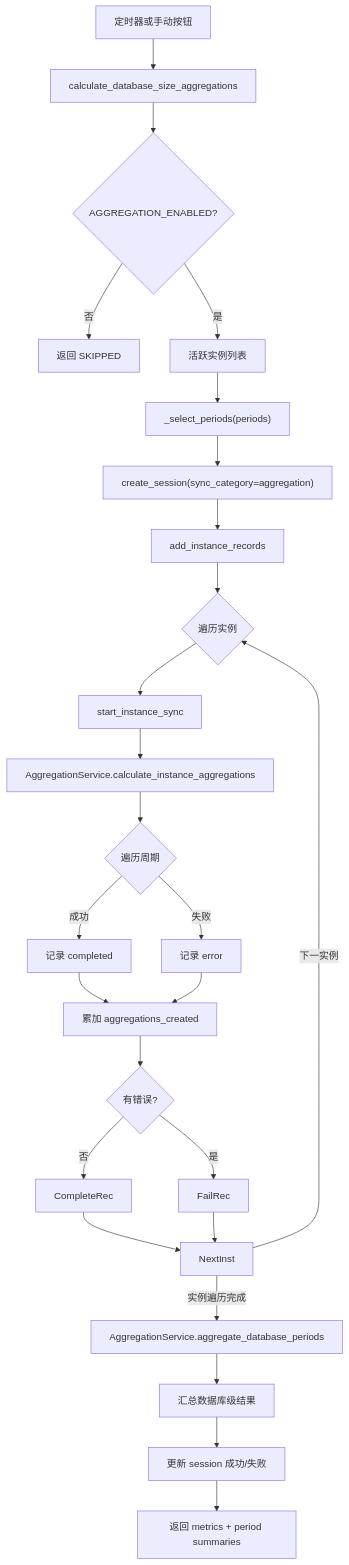
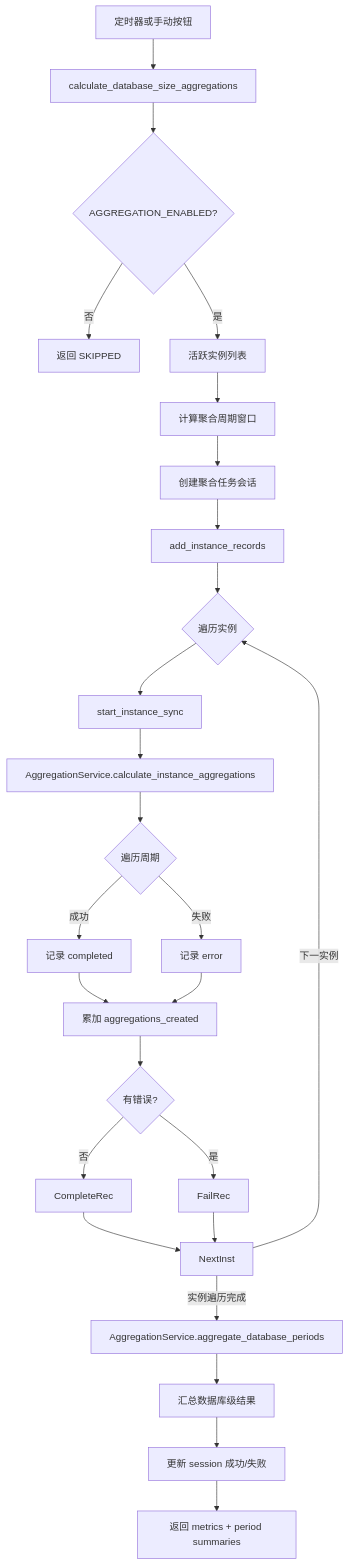
One commit to nyealovey/WhaleFall changed the third of 3 diagrams in docs/architecture/taifish_data_sync_flows.md. Above: the diagram before and after it, drawn with Mermaid. The commit also changed other lines of this file and 20 other files, not shown here.

````diff
--- a/docs/architecture/taifish_data_sync_flows.md
+++ b/docs/architecture/taifish_data_sync_flows.md
@@ -125,28 +124,28 @@
 ```mermaid
 flowchart TD
     Trigger[定时器或手动按钮] --> Task[calculate_database_size_aggregations]
     Task --> CheckCfg{AGGREGATION_ENABLED?}
     CheckCfg -->|否| Abort[返回 SKIPPED]
     CheckCfg -->|是| FetchInst[活跃实例列表]
-    FetchInst --> SelectPeriod["_select_periods(periods)"]
-    SelectPeriod --> CreateSession["create_session(sync_category=aggregation)"]
+    FetchInst --> SelectPeriod[计算聚合周期窗口]
+    SelectPeriod --> CreateSession[创建聚合任务会话]
     CreateSession --> AddRecords[add_instance_records]
     AddRecords --> ForEach{遍历实例}
     ForEach --> StartRec[start_instance_sync]
     StartRec --> RunSvc[AggregationService.calculate_instance_aggregations]
     RunSvc --> PeriodLoop{遍历周期}
     PeriodLoop -->|成功| LogOk[记录 completed]
     PeriodLoop -->|失败| CollectErr[记录 error]
     LogOk --> SumInst[累加 aggregations_created]
     CollectErr --> SumInst
     SumInst --> UpdateRec{有错误?}
     UpdateRec -->|否| CompleteRec
     UpdateRec -->|是| FailRec
     CompleteRec --> NextInst
     FailRec --> NextInst
     NextInst -->|下一实例| ForEach
     NextInst -->|实例遍历完成| AggregateDB[AggregationService.aggregate_database_periods]
     AggregateDB --> PeriodSummary[汇总数据库级结果]
     PeriodSummary --> WrapUp[更新 session 成功/失败]
     WrapUp --> Result[返回 metrics + period summaries]
 ```
````
